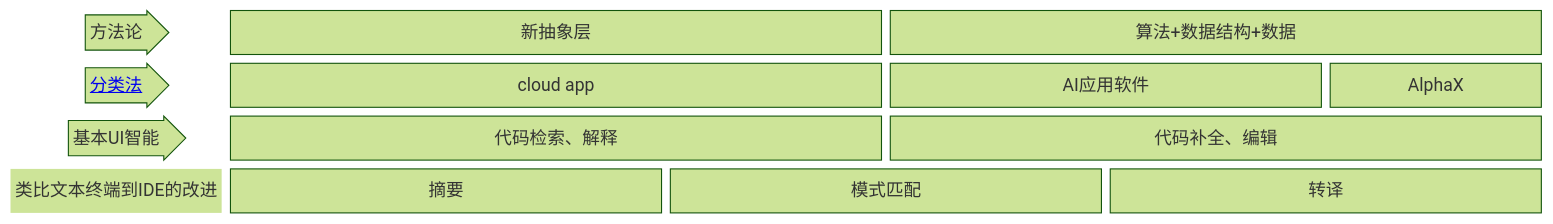
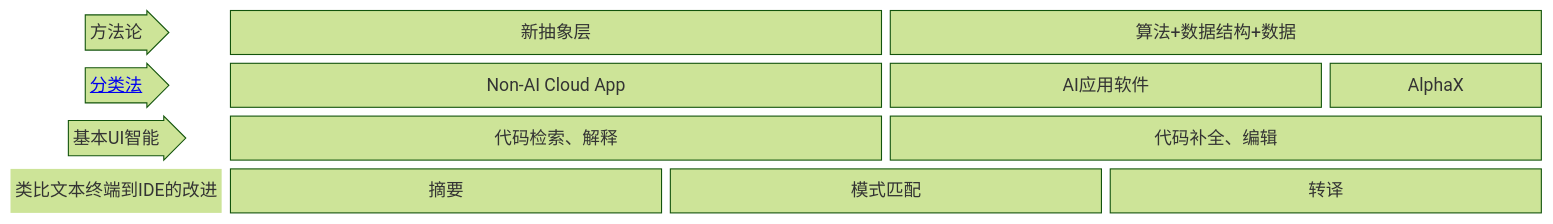
The diagram in README.md (AI-LLM/ai4se_white_paper), drawn with Mermaid (forest theme) before and after one commit.

````diff
--- a/README.md
+++ b/README.md
@@ -4,20 +4,20 @@
 ```mermaid
 block-beta
   columns 7
 
     A<["方法论"]>(right):1
     B["新抽象层"]:3
     C["算法+数据结构+数据"]:3
     D<["<a href='https://ai-llm.github.io/ai4se_white_paper/taxonomy/index.html'>分类法</a>"]>(right)
-    E["cloud app"]:3
+    E["Non-AI Cloud App"]:3
     F1["AI应用软件"]:2
     F2["AlphaX"]:1
     G<["基本UI智能"]>(right):1
     H["代码检索、解释"]:3
     I["代码补全、编辑"]:3
     comment1["类比文本终端到IDE的改进"]
     style comment1 fill:rgb(0,0,0,0),stroke:rgb(0,0,0,0),stroke-width:0
     K["摘要"]:2
     J["模式匹配"]:2
     L["转译"]:2
 ```
````
